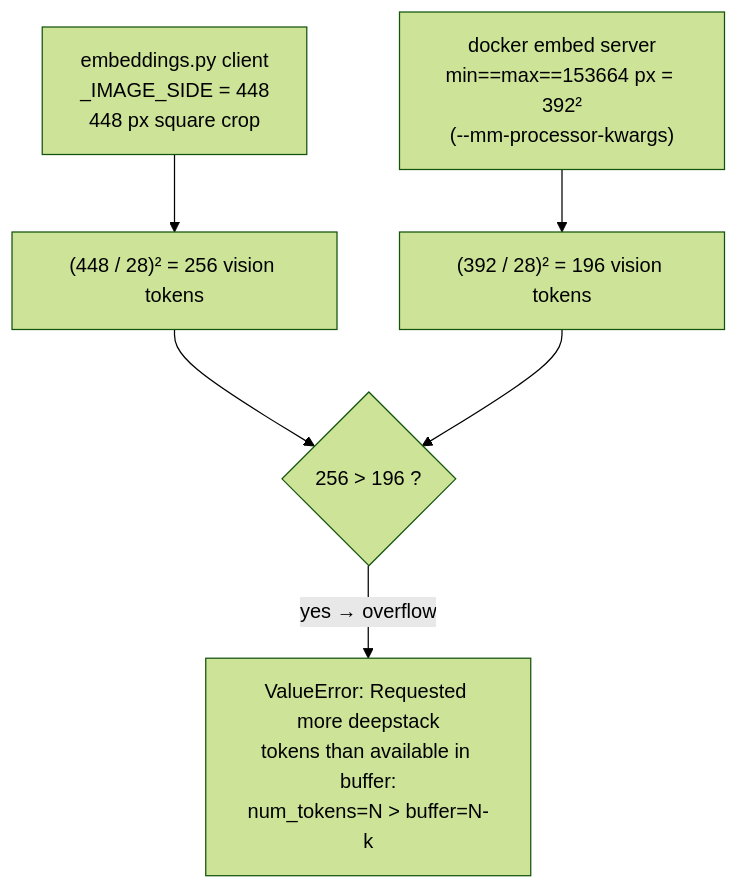
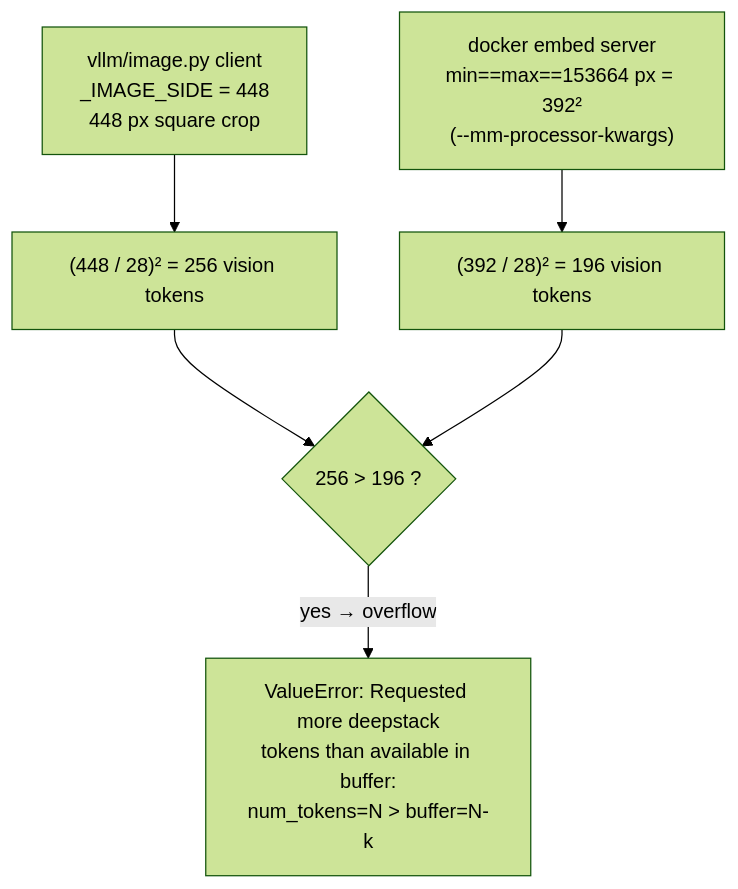
Before and after one commit to Borg93/lance-audio-demo: the fifth of 5 diagrams in docs/EMBEDDINGS.md, drawn with Mermaid (forest theme). The commit also changed other lines of this file and 16 other files, not shown here.

First line of the commit message:
Split cli.py into a cli/ package; sync docs to current architecture

````diff
--- a/docs/EMBEDDINGS.md
+++ b/docs/EMBEDDINGS.md
@@ -406,10 +407,10 @@
 ```mermaid
 flowchart TD
-    C["embeddings.py client<br/>_IMAGE_SIDE = 448<br/>448 px square crop"]
+    C["vllm/image.py client<br/>_IMAGE_SIDE = 448<br/>448 px square crop"]
     C --> CT["(448 / 28)² = 256 vision tokens"]
     S["docker embed server<br/>min==max==153664 px = 392²<br/>(--mm-processor-kwargs)"]
     S --> ST["(392 / 28)² = 196 vision tokens"]
     CT --> X{"256 > 196 ?"}
     ST --> X
     X -->|"yes → overflow"| CRASH["ValueError: Requested more deepstack<br/>tokens than available in buffer:<br/>num_tokens=N > buffer=N-k"]
 ```
````
